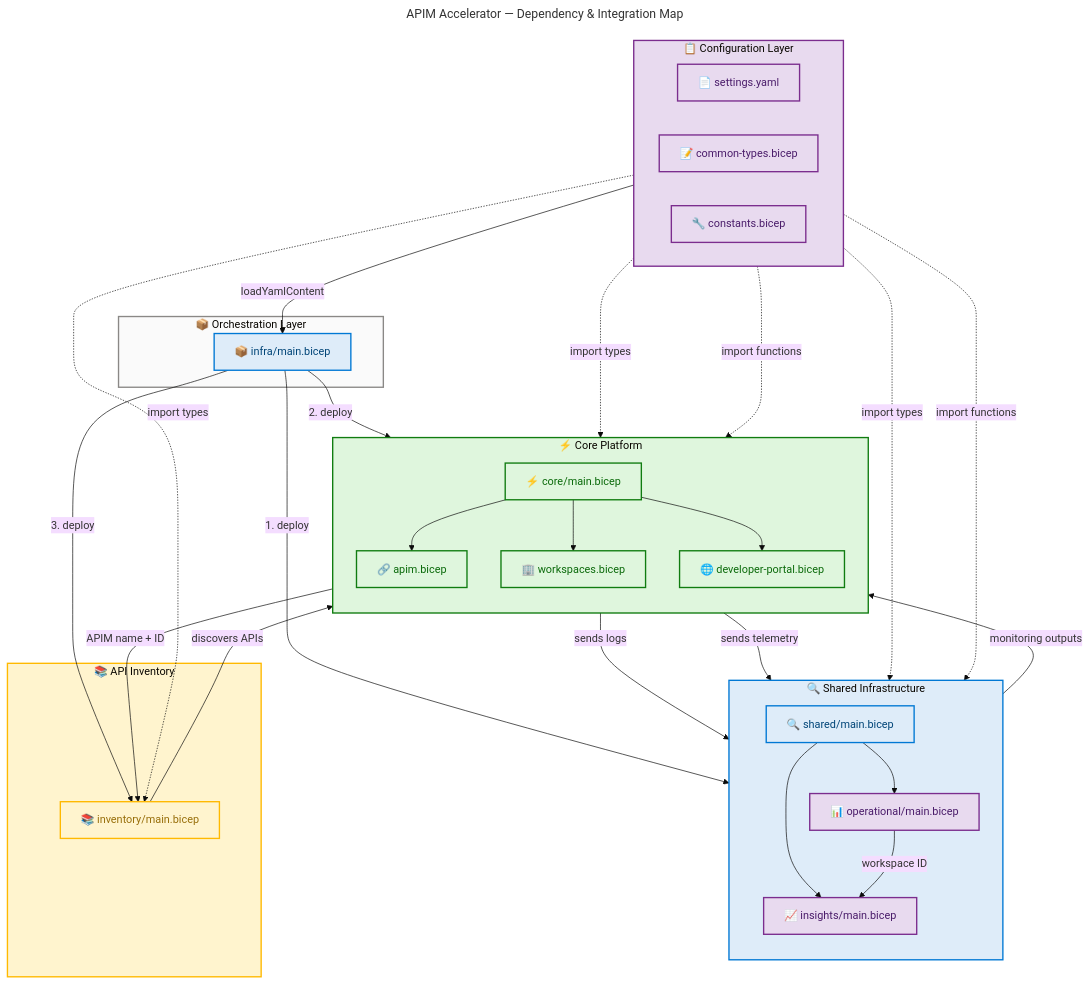
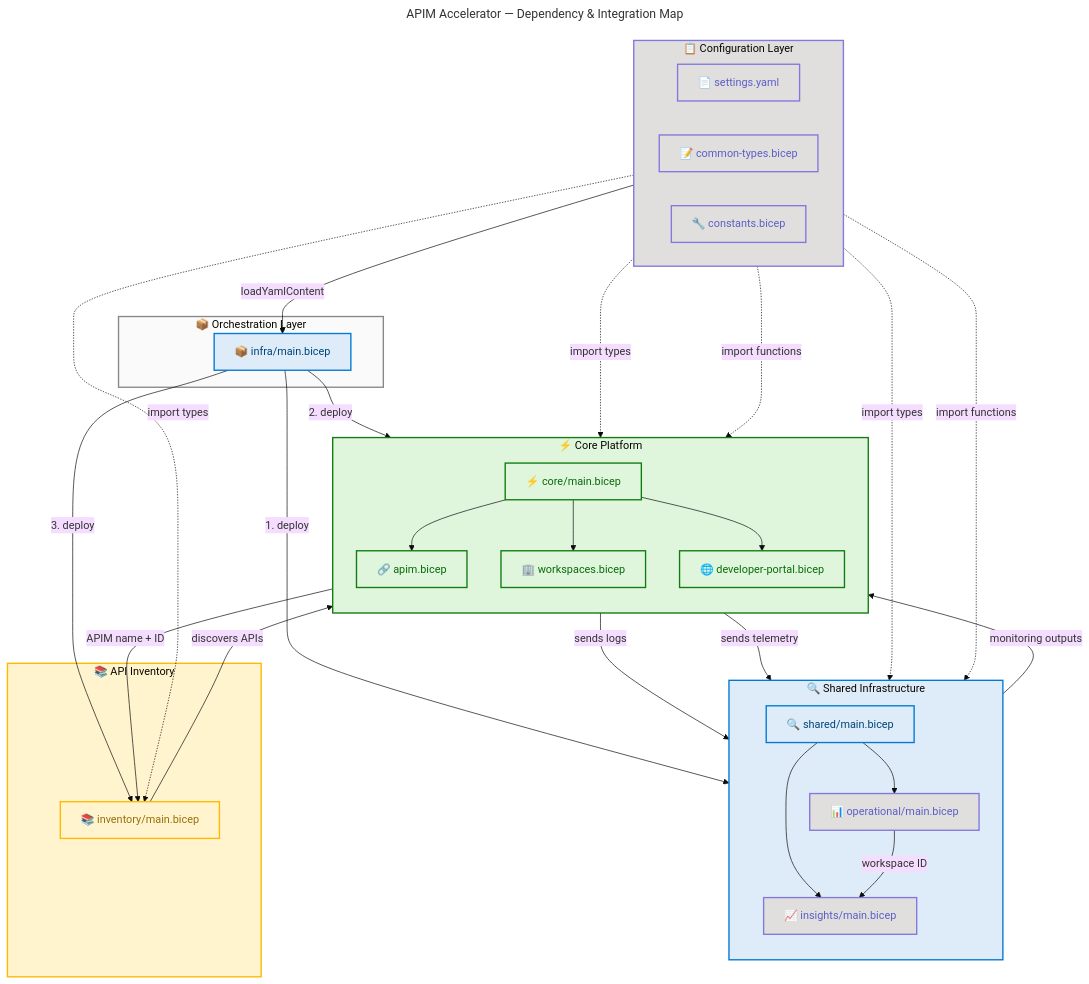
One commit to Evilazaro/APIM-Accelerator changed the seventh of 8 diagrams in docs/architecture/business-architecture.md. Above: the diagram before and after it, drawn with Mermaid. The commit also changed other lines of this file, not shown here.

Commit message:
Refine flowchart styling and classifications: Add danger class for failures and update success and warning styles for improved clarity and visual distinction

````diff
--- a/docs/architecture/business-architecture.md
+++ b/docs/architecture/business-architecture.md
@@ -821,17 +823,17 @@
 
     subgraph coreLayer["⚡ Core Platform"]
         direction TB
-        coreMain["⚡ core/main.bicep"]:::api
-        apim["🔗 apim.bicep"]:::api
-        ws["🏢 workspaces.bicep"]:::api
-        dp["🌐 developer-portal.bicep"]:::api
+        coreMain["⚡ core/main.bicep"]:::success
+        apim["🔗 apim.bicep"]:::success
+        ws["🏢 workspaces.bicep"]:::success
+        dp["🌐 developer-portal.bicep"]:::success
         coreMain --> apim
         coreMain --> ws
         coreMain --> dp
     end
 
     subgraph inventoryLayer["📚 API Inventory"]
-        invMain["📚 inventory/main.bicep"]:::process
+        invMain["📚 inventory/main.bicep"]:::warning
     end
 
     settings -->|"loadYamlContent"| main
@@ -852,14 +854,14 @@
     apim -->|"sends telemetry"| insMon
     invMain -->|"discovers APIs"| apim
 
-    style config fill:#E8DAEF,stroke:#7B2D8E,stroke-width:2px
+    style config fill:#E1DFDD,stroke:#8378DE,stroke-width:2px
     style orchestration fill:#FAFAFA,stroke:#8A8886,stroke-width:2px
     style sharedLayer fill:#DEECF9,stroke:#0078D4,stroke-width:2px
     style coreLayer fill:#DFF6DD,stroke:#107C10,stroke-width:2px
     style inventoryLayer fill:#FFF4CE,stroke:#FFB900,stroke-width:2px
 
     classDef core fill:#DEECF9,stroke:#0078D4,stroke-width:2px,color:#004578
-    classDef api fill:#DFF6DD,stroke:#107C10,stroke-width:2px,color:#0B6A0B
-    classDef data fill:#E8DAEF,stroke:#7B2D8E,stroke-width:2px,color:#4A1C6A
-    classDef process fill:#FFF4CE,stroke:#FFB900,stroke-width:2px,color:#986F0B
+    classDef success fill:#DFF6DD,stroke:#107C10,stroke-width:2px,color:#0B6A0B
+    classDef data fill:#E1DFDD,stroke:#8378DE,stroke-width:2px,color:#5B5FC7
+    classDef warning fill:#FFF4CE,stroke:#FFB900,stroke-width:2px,color:#986F0B
 ```
````
